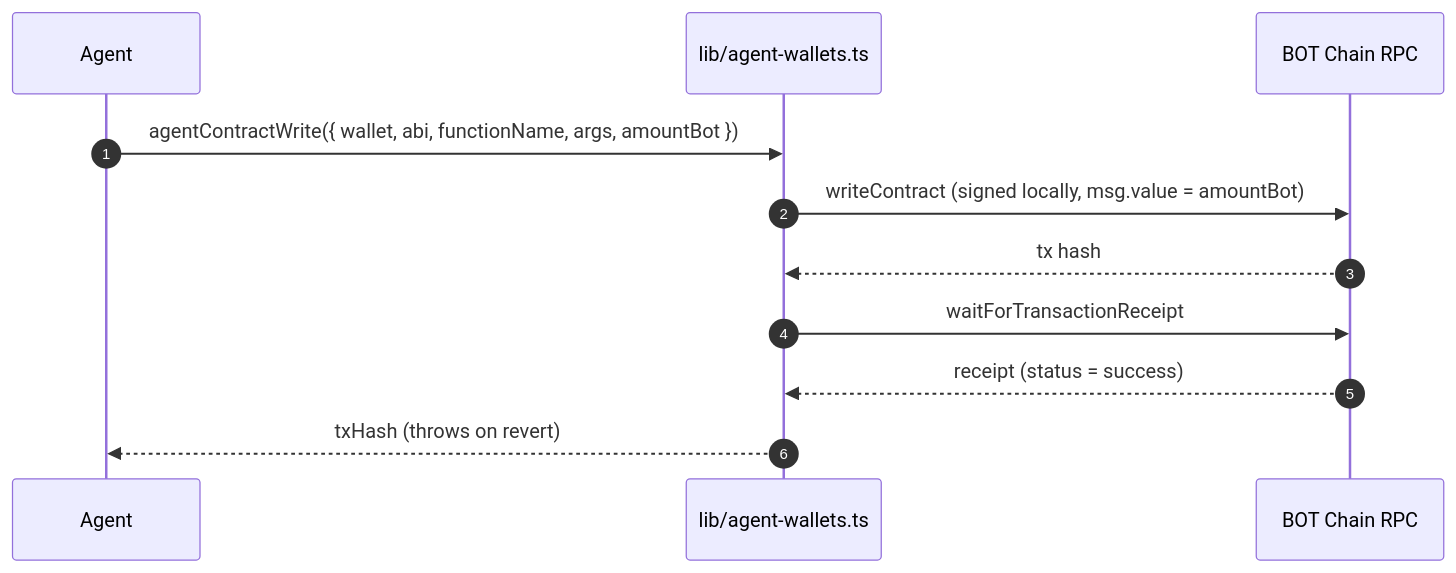
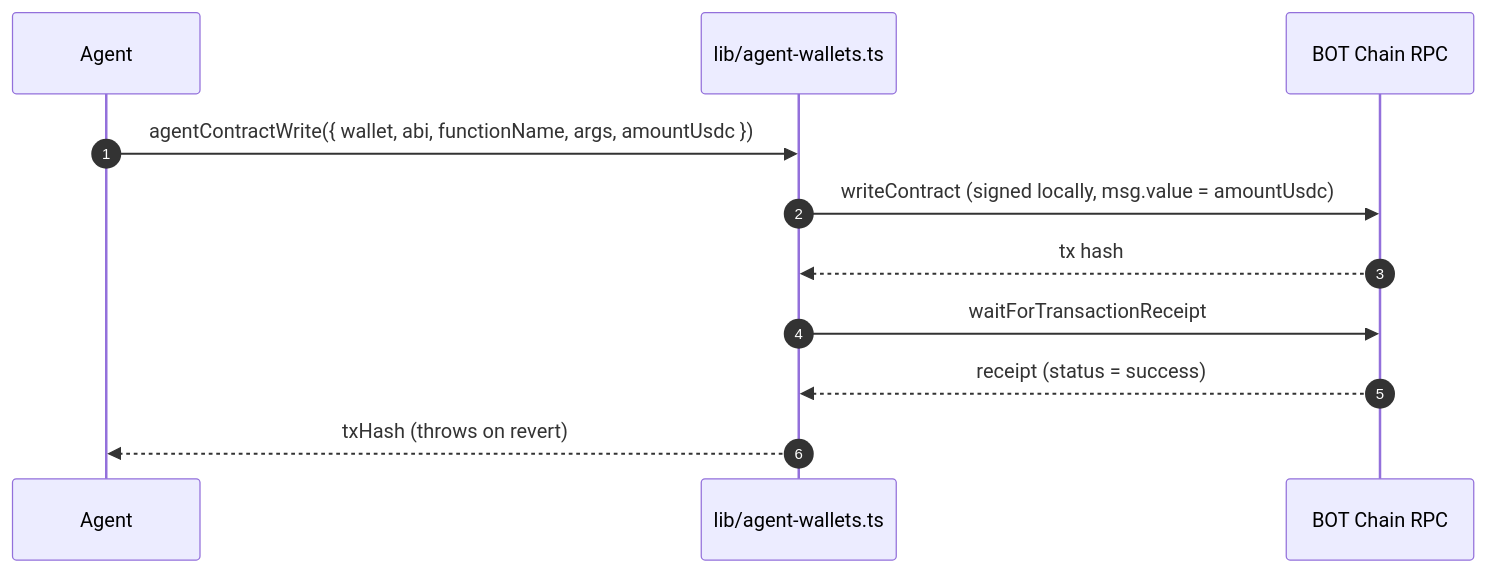
One commit to enliven17/mimir-base changed the eighth of 11 diagrams in README.md. Above: the diagram before and after it, drawn with Mermaid. The commit also changed other lines of this file and 87 other files, not shown here.

First line of the commit message:
feat: chain core to Base Sepolia, USDT layer to USDC

````diff
--- a/README.md
+++ b/README.md
@@ -359,14 +359,14 @@
 ```mermaid
 sequenceDiagram
     autonumber
     participant Agent
     participant Helper as lib/agent-wallets.ts
     participant Chain as BOT Chain RPC
 
-    Agent->>Helper: agentContractWrite({ wallet, abi, functionName, args, amountBot })
-    Helper->>Chain: writeContract (signed locally, msg.value = amountBot)
+    Agent->>Helper: agentContractWrite({ wallet, abi, functionName, args, amountUsdc })
+    Helper->>Chain: writeContract (signed locally, msg.value = amountUsdc)
     Chain-->>Helper: tx hash
     Helper->>Chain: waitForTransactionReceipt
     Chain-->>Helper: receipt (status = success)
     Helper-->>Agent: txHash (throws on revert)
 ```
````
